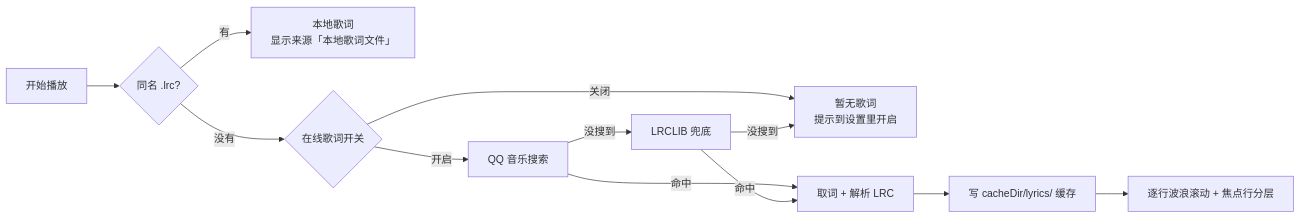
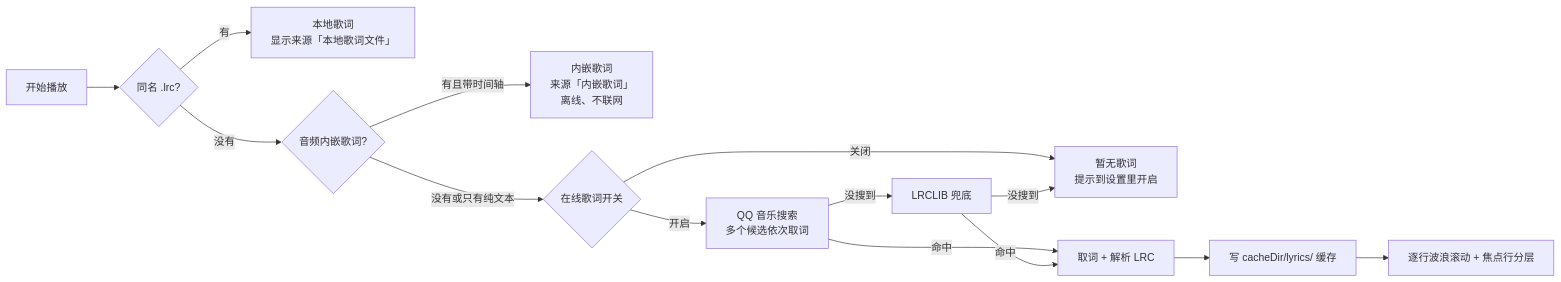
One commit to Sanye223/Melody-Retro changed the first of 2 diagrams in README.md. Above: the diagram before and after it, drawn with Mermaid. The commit also changed other lines of this file and 13 other files, not shown here.

````diff
--- a/README.md
+++ b/README.md
@@ -73,14 +74,16 @@
 ```mermaid
 flowchart LR
     A[开始播放] --> B{同名 .lrc?}
     B -->|有| C[本地歌词<br/>显示来源「本地歌词文件」]
-    B -->|没有| D{在线歌词开关}
+    B -->|没有| K{"音频内嵌歌词?"}
+    K -->|有且带时间轴| L[内嵌歌词<br/>来源「内嵌歌词」<br/>离线、不联网]
+    K -->|没有或只有纯文本| D{在线歌词开关}
     D -->|关闭| E[暂无歌词<br/>提示到设置里开启]
-    D -->|开启| F[QQ 音乐搜索]
+    D -->|开启| F[QQ 音乐搜索<br/>多个候选依次取词]
     F -->|命中| G[取词 + 解析 LRC]
     F -->|没搜到| H[LRCLIB 兜底]
     H -->|命中| G
     H -->|没搜到| E
     G --> I[写 cacheDir/lyrics/ 缓存]
     I --> J[逐行波浪滚动 + 焦点行分层]
 ```
````
